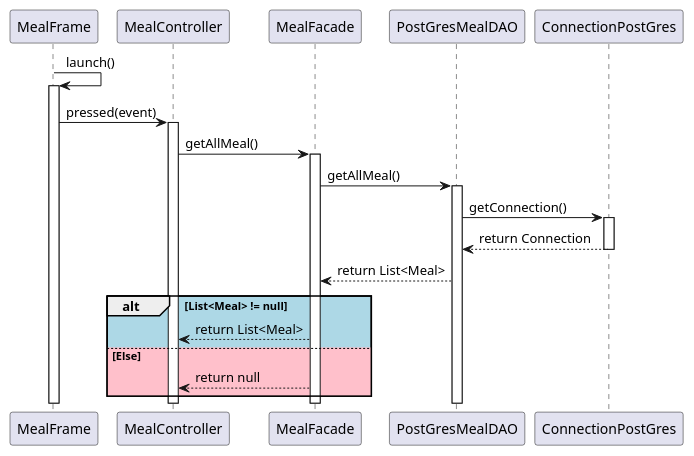
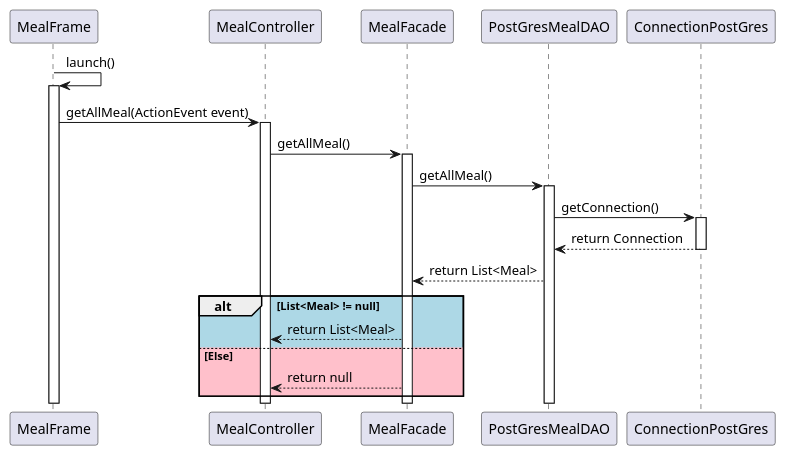
The diagram in diagrammes/Meal/meal-getAllMeal.plantuml (thmsfnr/Simplify), drawn with PlantUML before and after one commit. The commit also changed 11 other files, not shown here.

Commit message:
correction diagramme classe et sequence meal

```diff
--- a/diagrammes/Meal/meal-getAllMeal.plantuml
+++ b/diagrammes/Meal/meal-getAllMeal.plantuml
@@ -1,37 +1,37 @@
 @startuml
 MealFrame -> MealFrame : launch()
 activate MealFrame
 
-MealFrame -> MealController: pressed(event)
+MealFrame -> MealController: getAllMeal(ActionEvent event)
 activate MealController
 
 MealController -> MealFacade: getAllMeal()
 activate MealFacade
 
 MealFacade -> PostGresMealDAO : getAllMeal()
 activate PostGresMealDAO
 
 PostGresMealDAO -> ConnectionPostGres : getConnection()
 activate ConnectionPostGres
 ConnectionPostGres --> PostGresMealDAO : return Connection
 deactivate ConnectionPostGres
 PostGresMealDAO --> MealFacade : return List<Meal>
 
 
 alt #LightBlue List<Meal> != null
 
     MealFacade --> MealController: return List<Meal>
 
 else #Pink Else
 
     MealFacade --> MealController: return null
 end
 
 
 deactivate PostGresMealDAO
 deactivate MealFacade
 deactivate MealController
 deactivate MealFrame
 
 
 @enduml
```
